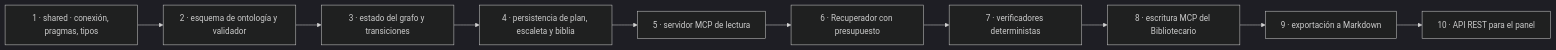
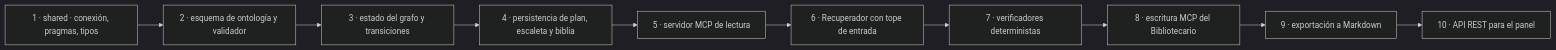
One commit to Asieribarz/my-story-marker changed the second of 2 diagrams in specs/spec1.md. Above: the diagram before and after it, drawn with Mermaid (dark theme). The commit also changed other lines of this file and 5 other files, not shown here.

````diff
--- a/specs/spec1.md
+++ b/specs/spec1.md
@@ -496,12 +516,12 @@
 ```mermaid
 flowchart LR
   P1["1 · shared · conexión, pragmas, tipos"] --> P2["2 · esquema de ontología y validador"]
   P2 --> P3["3 · estado del grafo y transiciones"]
   P3 --> P4["4 · persistencia de plan, escaleta y biblia"]
   P4 --> P5["5 · servidor MCP de lectura"]
-  P5 --> P6["6 · Recuperador con presupuesto"]
+  P5 --> P6["6 · Recuperador con tope de entrada"]
   P6 --> P7["7 · verificadores deterministas"]
   P7 --> P8["8 · escritura MCP del Bibliotecario"]
   P8 --> P9["9 · exportación a Markdown"]
   P9 --> P10["10 · API REST para el panel"]
 ```
````
